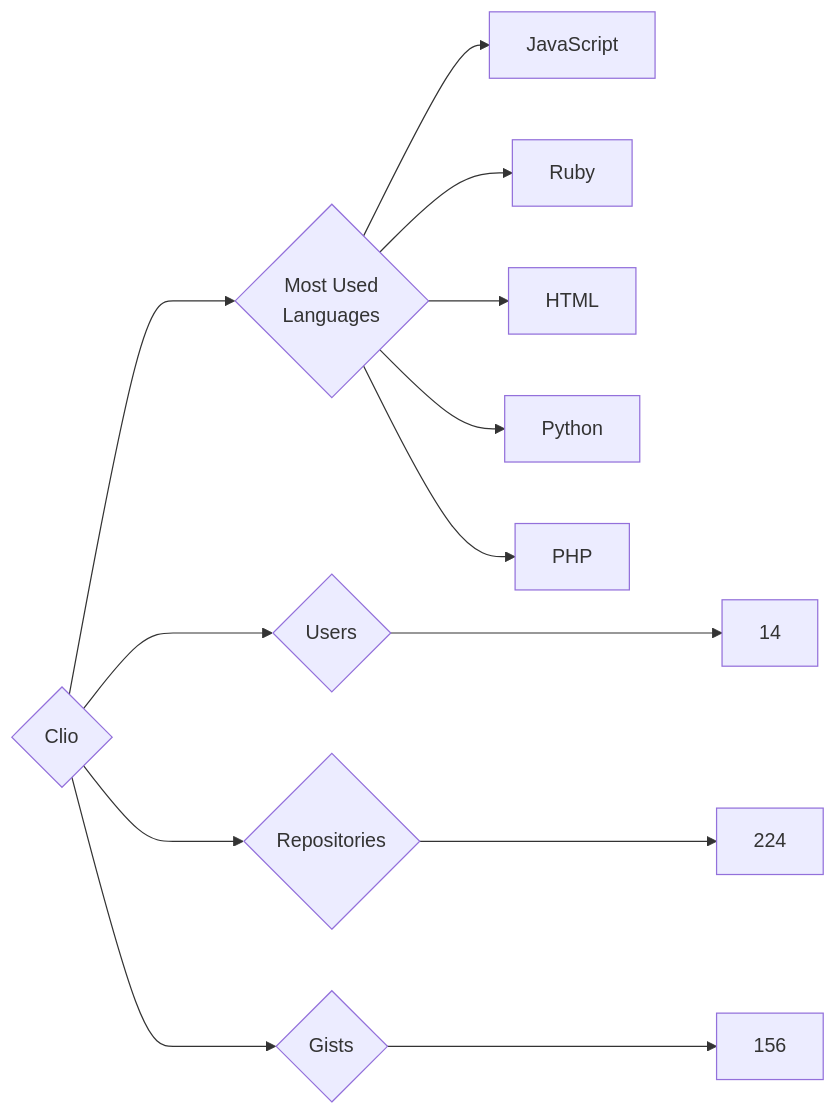
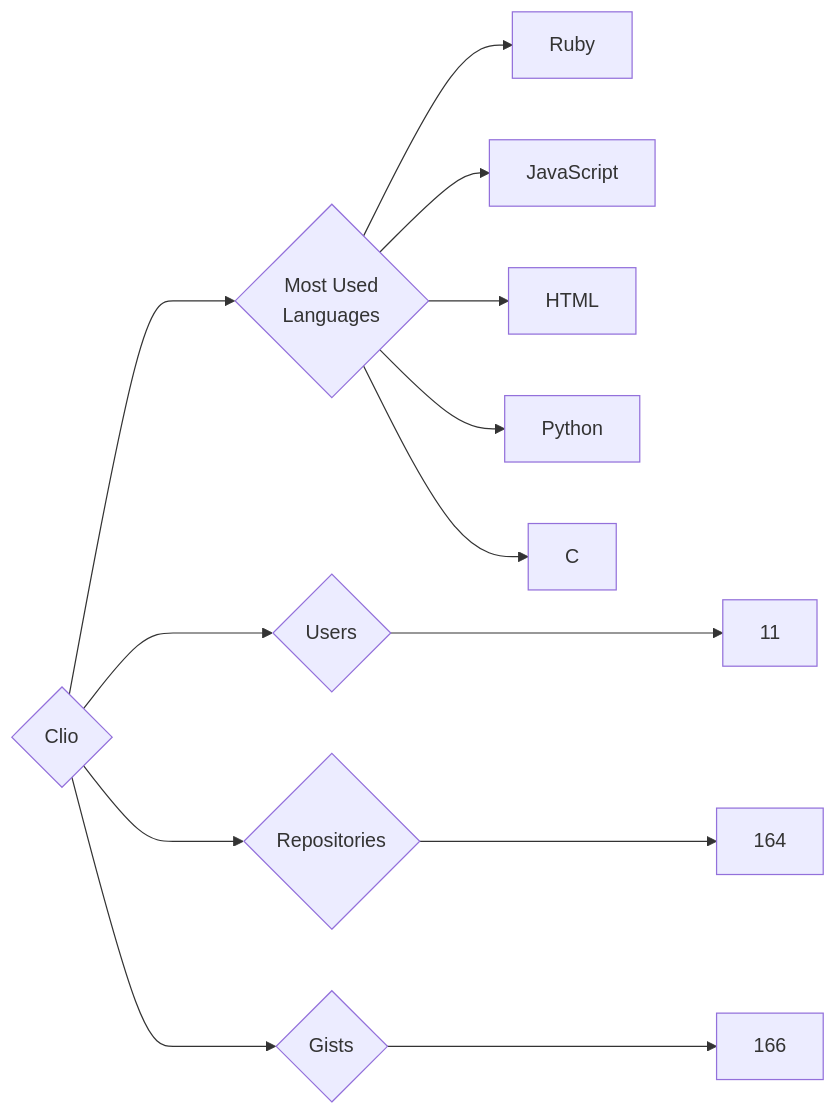
Before and after one commit to trickest/insiders: the diagram in targets/Clio/README.md, drawn with Mermaid. The commit also changed 823 other files, not shown here.

````diff
--- a/targets/Clio/README.md
+++ b/targets/Clio/README.md
@@ -3,13 +3,13 @@
 ```mermaid
 graph LR
 COMPANY_NAME{Clio}
-COMPANY_NAME ---> U{Users} ---> UN[14]
-COMPANY_NAME ---> R{Repositories} ---> RN[224]
-COMPANY_NAME ---> G{Gists} ---> GN[156]
+COMPANY_NAME ---> U{Users} ---> UN[11]
+COMPANY_NAME ---> R{Repositories} ---> RN[164]
+COMPANY_NAME ---> G{Gists} ---> GN[166]
 COMPANY_NAME ---> ML{Most Used<br>Languages}
+ML --> Ruby[Ruby]
 ML --> JavaScript[JavaScript]
-ML --> Ruby[Ruby]
 ML --> HTML[HTML]
 ML --> Python[Python]
-ML --> PHP[PHP]
+ML --> C[C]
 ```
````
